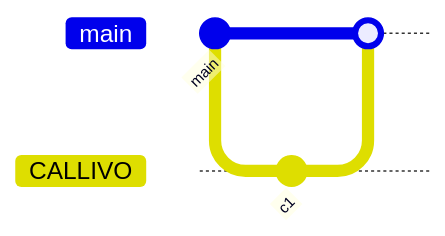
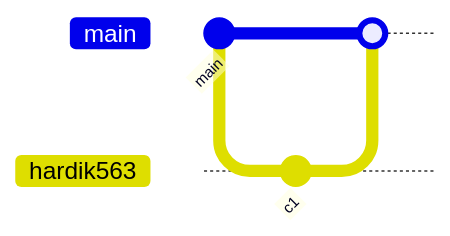
The diagram in README.md (hardik563/hardik563), drawn with Mermaid before and after one commit. The commit also changed other lines of this file and 12 other files, not shown here.

````diff
--- a/README.md
+++ b/README.md
@@ -338,9 +338,9 @@
 ```mermaid
 gitGraph
    commit id: "main"
-   branch CALLIVO
-   checkout CALLIVO
+   branch hardik563
+   checkout hardik563
    commit id: "c1"
    checkout main
-   merge CALLIVO
+   merge hardik563
 ```
````
